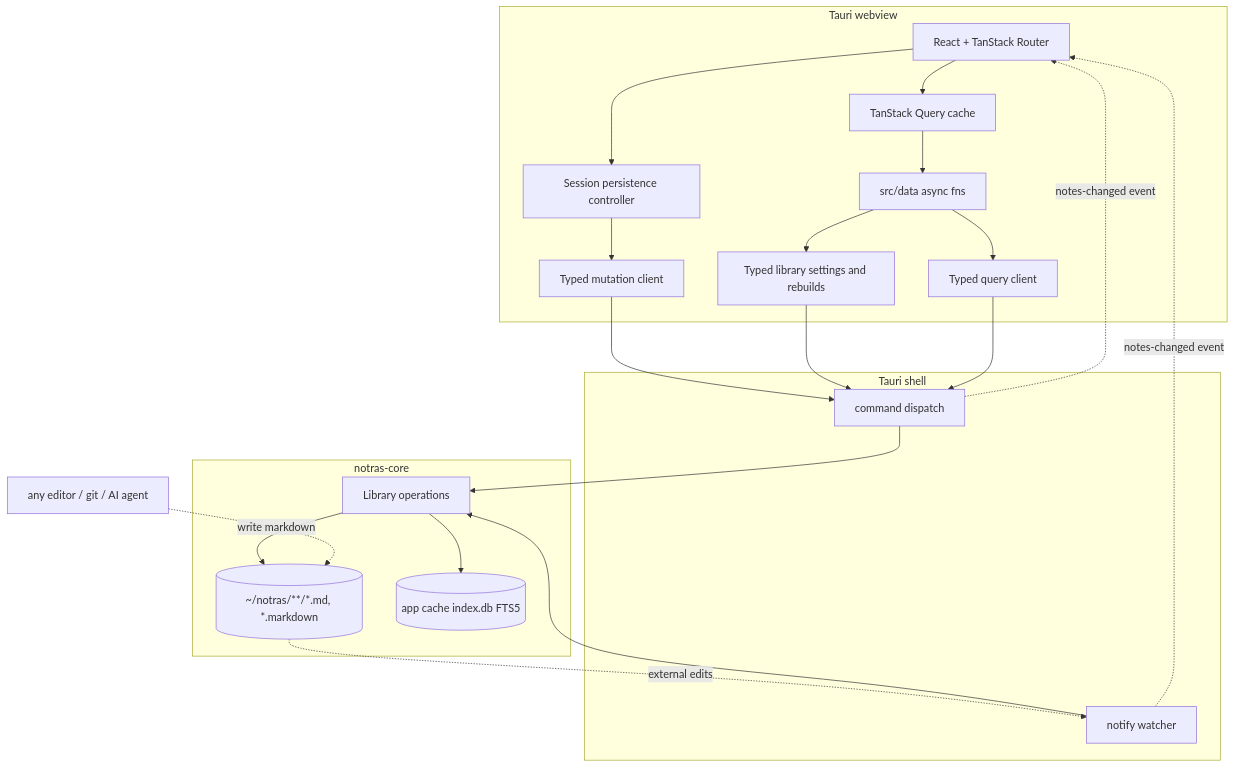
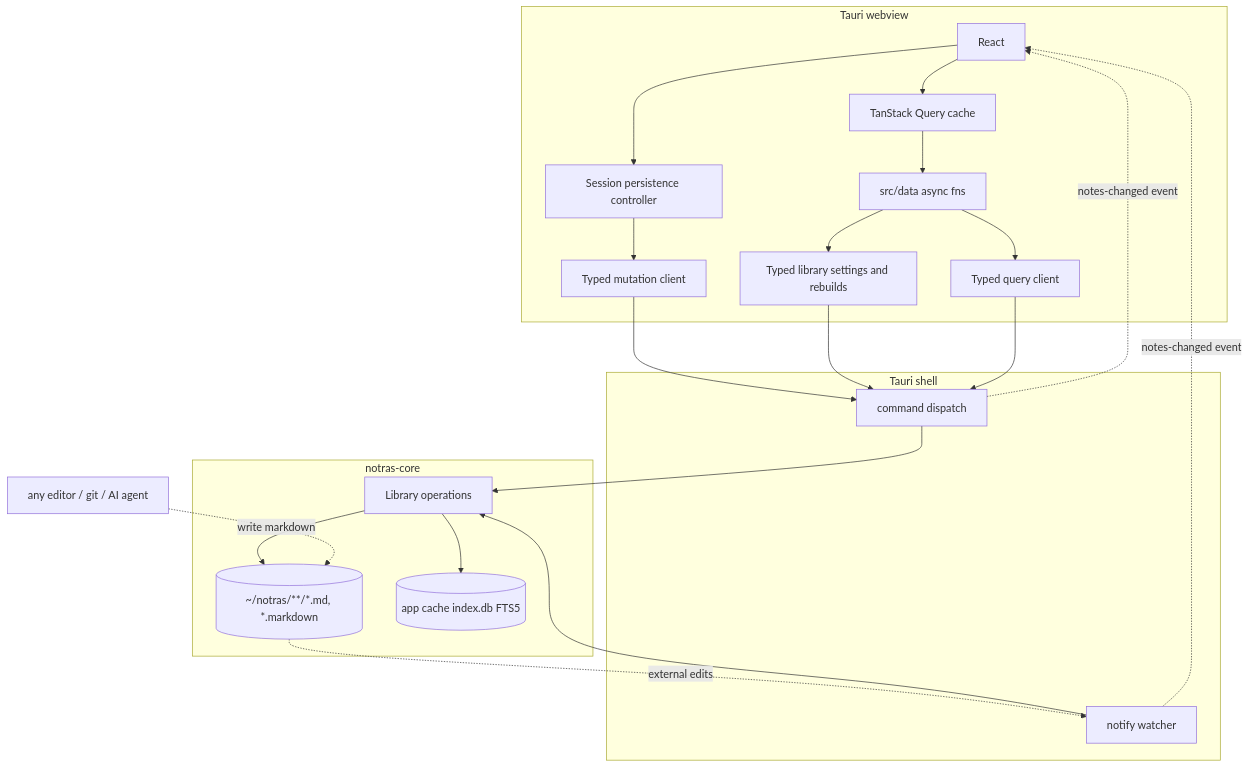
Before and after one commit to jimmy-guzman/notras: the diagram in ARCHITECTURE.md, drawn with Mermaid. The commit also changed other lines of this file and 22 other files, not shown here.

````diff
--- a/ARCHITECTURE.md
+++ b/ARCHITECTURE.md
@@ -28,32 +28,32 @@
 ```mermaid
 flowchart TD
     subgraph webview [Tauri webview]
-        UI[React + TanStack Router] --> Query[TanStack Query cache]
+        UI[React] --> Query[TanStack Query cache]
         UI --> Persistence[Session persistence controller]
         Persistence --> Mutations[Typed mutation client]
         Query --> Data[src/data async fns]
         Data --> Reads[Typed query client]
         Data --> Library[Typed library settings and rebuilds]
     end
 
     subgraph shell [Tauri shell]
         Commands[command dispatch]
         Watcher[notify watcher]
     end
 
     subgraph engine [notras-core]
         Operations[Library operations] --> Files[(~/notras/**/*.md, *.markdown)]
         Operations --> IndexDb[(app cache index.db FTS5)]
     end
 
     Commands --> Operations
     Watcher --> Operations
     Files -.external edits.-> Watcher
 
     Mutations --> Commands
     Library --> Commands
     Reads --> Commands
     Agents[any editor / git / AI agent] -.write markdown.-> Files
     Commands -. notes-changed event .-> UI
     Watcher -. notes-changed event .-> UI
 ```
````
